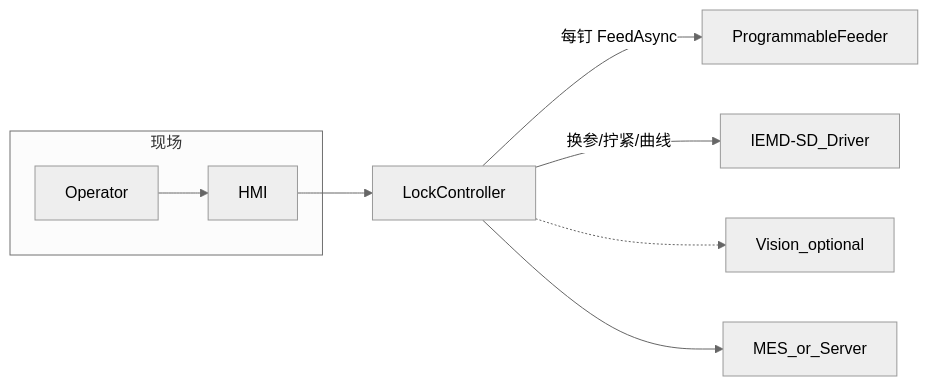
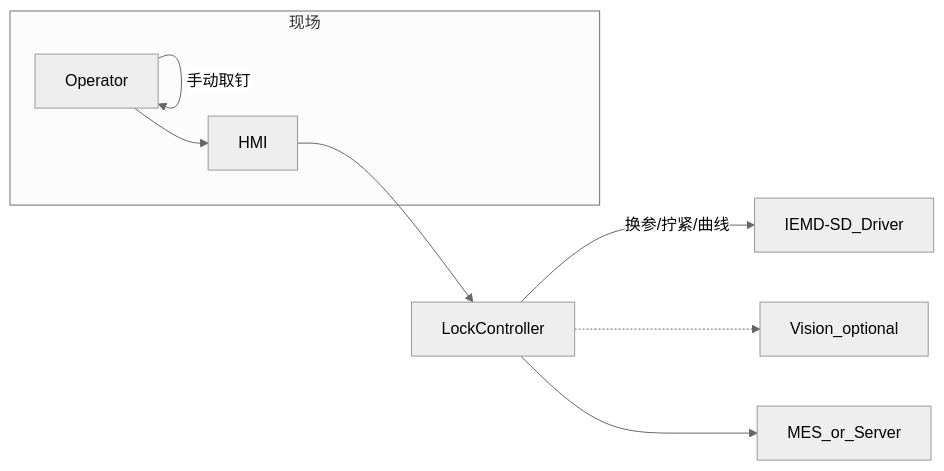
Before and after one commit to JacobLiou/AutoScrew: the diagram in readme.md, drawn with Mermaid (neutral theme). The commit also changed other lines of this file and 6 other files, not shown here.

````diff
--- a/readme.md
+++ b/readme.md
@@ -24,18 +24,17 @@
 ```mermaid
 flowchart LR
   subgraph ops [现场]
     Operator[Operator]
     HMI[HMI]
   end
   Controller[LockController]
-  FeederCtrl[ProgrammableFeeder]
   SmartDriver[IEMD-SD_Driver]
   Vision[Vision_optional]
   MES[MES_or_Server]
+  Operator -->|"手动取钉"| Operator
   Operator --> HMI
   HMI --> Controller
-  Controller -->|"每钉 FeedAsync"| FeederCtrl
   Controller -->|"换参/拧紧/曲线"| SmartDriver
   Controller -.-> Vision
   Controller --> MES
 ```
````
